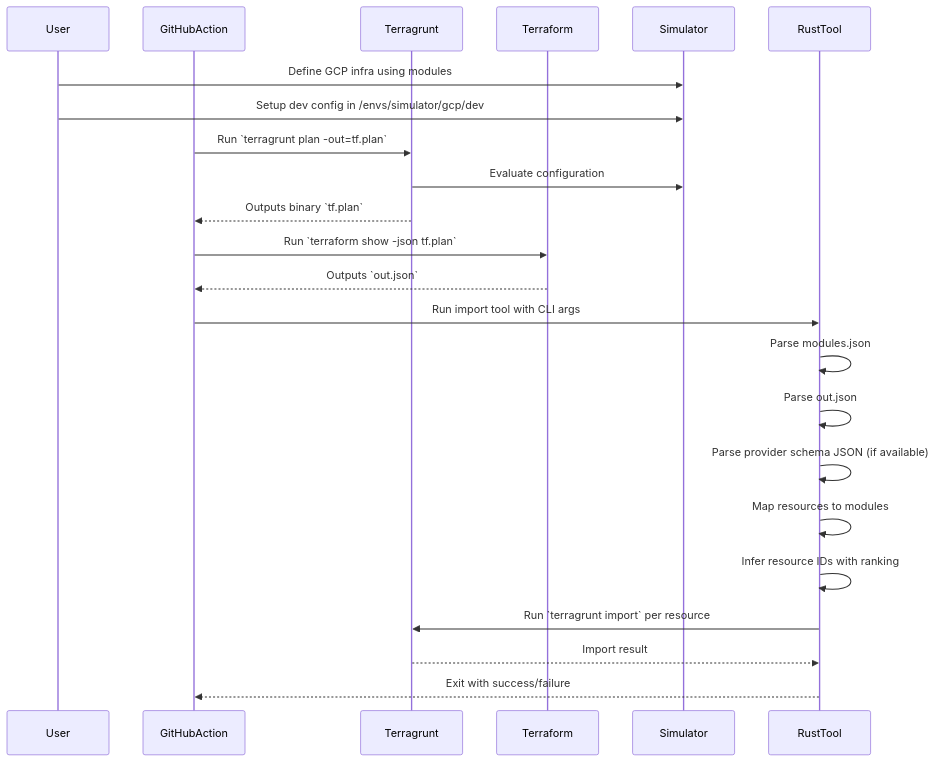
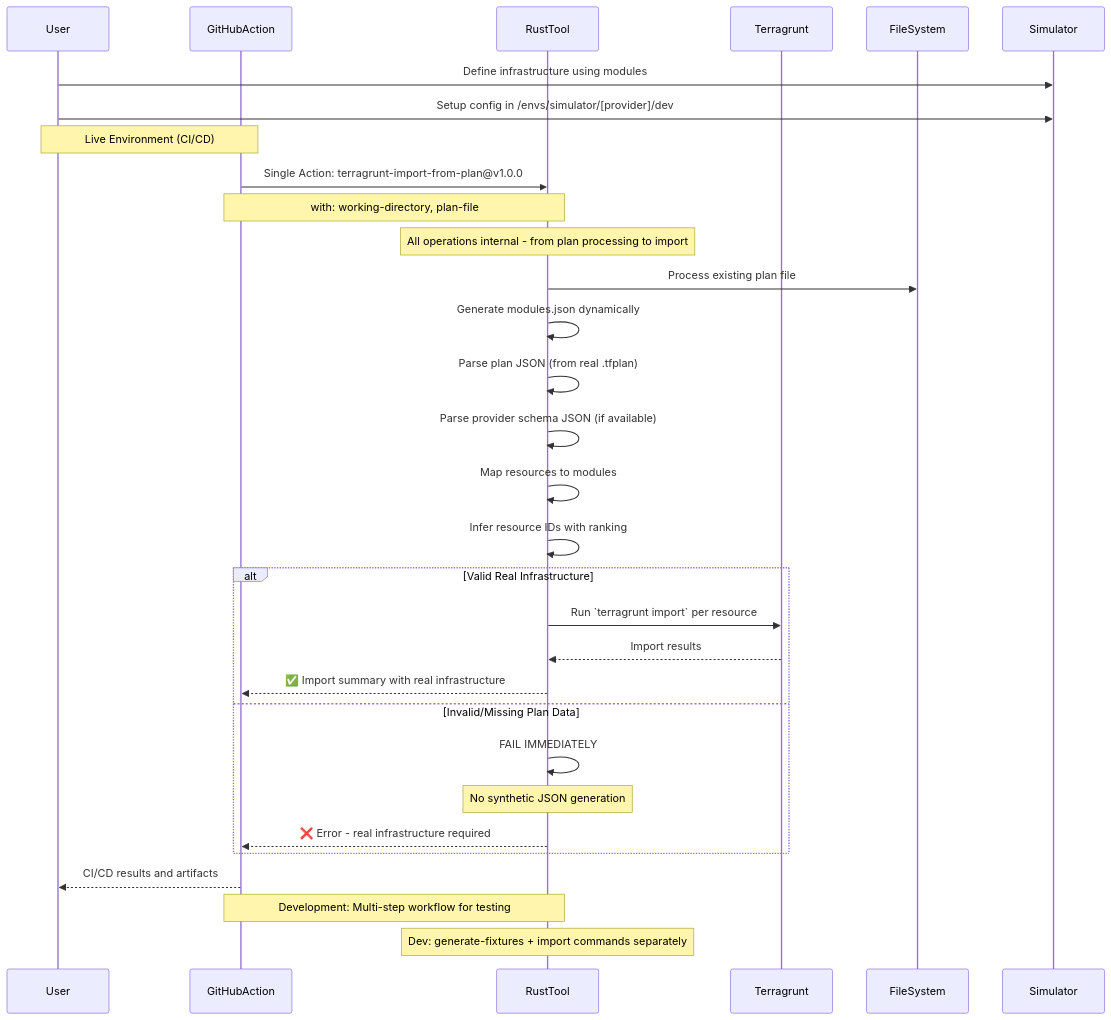
One commit to casibbald/terragrunt-import-from-plan changed the first of 6 diagrams in docs/approach.md. Above: the diagram before and after it, drawn with Mermaid. The commit also changed other lines of this file and 1 other file, not shown here.

Commit message:
Update sequence diagram and actions example

````diff
--- a/docs/approach.md
+++ b/docs/approach.md
@@ -9,31 +9,40 @@
 ```mermaid
 sequenceDiagram
     participant User
     participant GitHubAction
+    participant RustTool
     participant Terragrunt
-    participant Terraform
+    participant FileSystem
     participant Simulator
-    participant RustTool
 
-    User->>Simulator: Define GCP infra using modules
-    User->>Simulator: Setup dev config in /envs/simulator/gcp/dev
+    User->>Simulator: Define infrastructure using modules
+    User->>Simulator: Setup config in /envs/simulator/[provider]/dev
 
-    GitHubAction->>Terragrunt: Run `terragrunt plan -out=tf.plan`
-    Terragrunt->>Simulator: Evaluate configuration
-    Terragrunt-->>GitHubAction: Outputs binary `tf.plan`
-
-    GitHubAction->>Terraform: Run `terraform show -json tf.plan`
-    Terraform-->>GitHubAction: Outputs `out.json`
-
-    GitHubAction->>RustTool: Run import tool with CLI args
-
-    RustTool->>RustTool: Parse modules.json
-    RustTool->>RustTool: Parse out.json
+    Note over User,GitHubAction: Live Environment (CI/CD)
+    GitHubAction->>RustTool: Single Action: terragrunt-import-from-plan@v1.0.0
+    Note over GitHubAction,RustTool: with: working-directory, plan-file
+    
+    Note over RustTool: All operations internal - from plan processing to import
+    
+    RustTool->>FileSystem: Process existing plan file
+    RustTool->>RustTool: Generate modules.json dynamically
+    RustTool->>RustTool: Parse plan JSON (from real .tfplan)
     RustTool->>RustTool: Parse provider schema JSON (if available)
     RustTool->>RustTool: Map resources to modules
     RustTool->>RustTool: Infer resource IDs with ranking
-    RustTool->>Terragrunt: Run `terragrunt import` per resource
-
-    Terragrunt-->>RustTool: Import result
-    RustTool-->>GitHubAction: Exit with success/failure
+    
+    alt Valid Real Infrastructure
+        RustTool->>Terragrunt: Run `terragrunt import` per resource
+        Terragrunt-->>RustTool: Import results
+        RustTool-->>GitHubAction: ✅ Import summary with real infrastructure
+    else Invalid/Missing Plan Data
+        RustTool->>RustTool: FAIL IMMEDIATELY
+        Note over RustTool: No synthetic JSON generation
+        RustTool-->>GitHubAction: ❌ Error - real infrastructure required
+    end
+    
+    GitHubAction-->>User: CI/CD results and artifacts
+    
+    Note over GitHubAction,RustTool: Development: Multi-step workflow for testing
+    Note over RustTool: Dev: generate-fixtures + import commands separately
 ```
````
